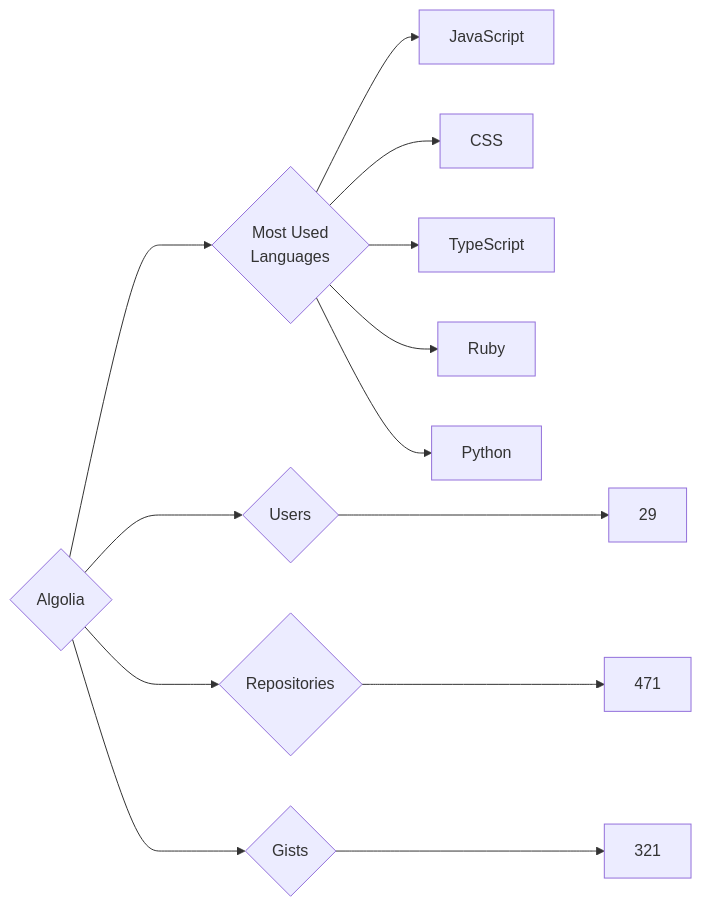
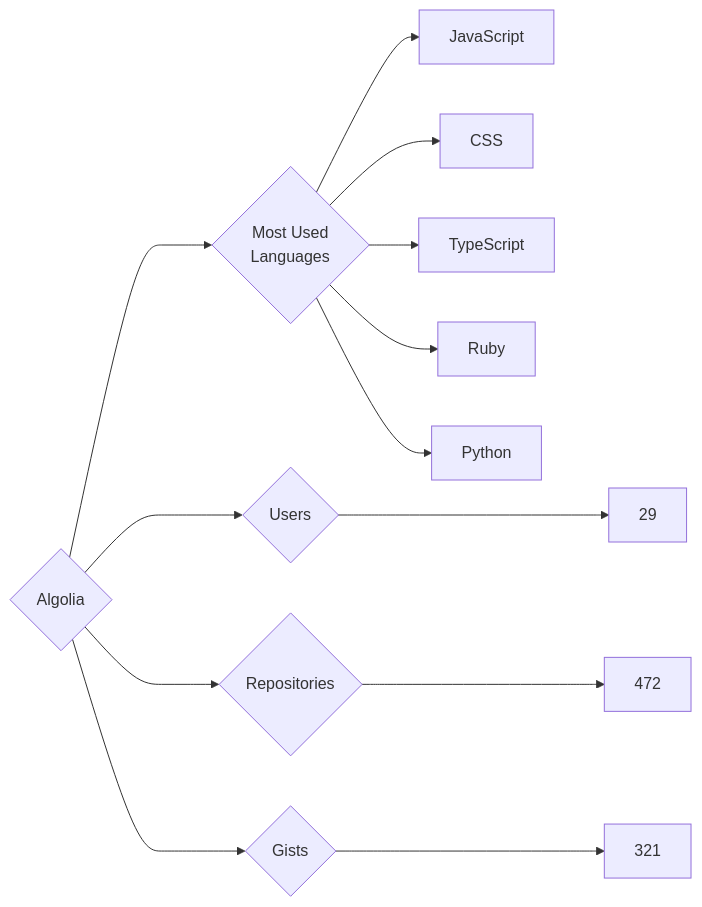
Before and after one commit to trickest/insiders: the diagram in targets/Algolia/README.md, drawn with Mermaid. The commit also changed 998 other files, not shown here.

````diff
--- a/targets/Algolia/README.md
+++ b/targets/Algolia/README.md
@@ -3,13 +3,13 @@
 ```mermaid
 graph LR
 COMPANY_NAME{Algolia}
 COMPANY_NAME ---> U{Users} ---> UN[29]
-COMPANY_NAME ---> R{Repositories} ---> RN[471]
+COMPANY_NAME ---> R{Repositories} ---> RN[472]
 COMPANY_NAME ---> G{Gists} ---> GN[321]
 COMPANY_NAME ---> ML{Most Used<br>Languages}
 ML --> JavaScript[JavaScript]
 ML --> CSS[CSS]
 ML --> TypeScript[TypeScript]
 ML --> Ruby[Ruby]
 ML --> Python[Python]
 ```
````
